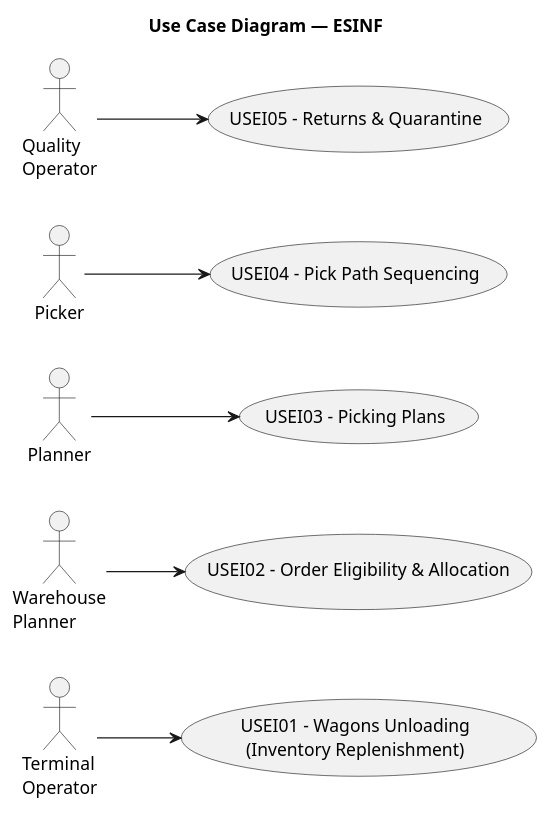
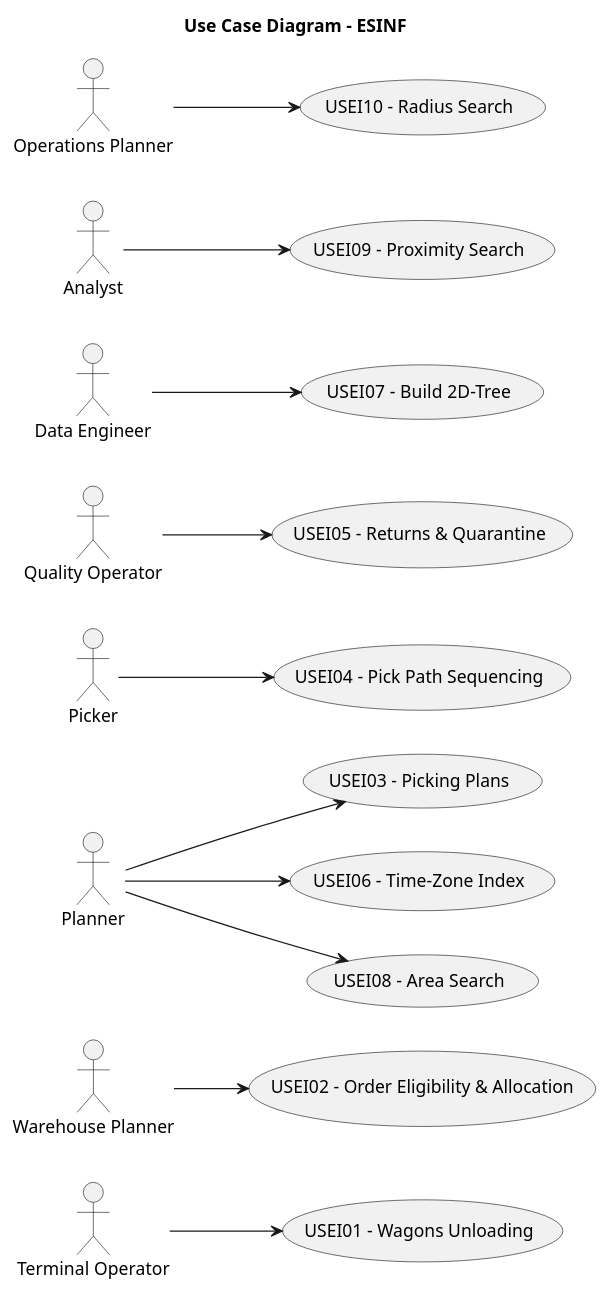
One commit to bruno-monteiro5/sem3-pi-25.26-g164-repository changed the diagram in docs/system-documentation/global-artifacts/requirements-engineering/puml/UCDESINF.puml. Above: the diagram before and after it, drawn with PlantUML. The commit also changed 2 other files, not shown here.

Commit message:
UCD ESINF [#88]

```diff
--- a/docs/system-documentation/global-artifacts/requirements-engineering/puml/UCDESINF.puml
+++ b/docs/system-documentation/global-artifacts/requirements-engineering/puml/UCDESINF.puml
@@ -1,25 +1,35 @@
 @startuml
-skinparam packageStyle rectangle
 left to right direction
+title Use Case Diagram - ESINF
 
-title Use Case Diagram — ESINF
-
-actor "Terminal\nOperator" as TO
-actor "Warehouse\nPlanner" as WP
+actor "Terminal Operator" as TO
+actor "Warehouse Planner" as WP
 actor "Planner" as PL
 actor "Picker" as PK
-actor "Quality\nOperator" as QO
+actor "Quality Operator" as QO
+actor "Data Engineer" as DE
+actor "Analyst" as AN
+actor "Operations Planner" as OP
 
-usecase "USEI01 - Wagons Unloading\n(Inventory Replenishment)" as UC1
+usecase "USEI01 - Wagons Unloading" as UC1
 usecase "USEI02 - Order Eligibility & Allocation" as UC2
 usecase "USEI03 - Picking Plans" as UC3
 usecase "USEI04 - Pick Path Sequencing" as UC4
 usecase "USEI05 - Returns & Quarantine" as UC5
+usecase "USEI06 - Time-Zone Index" as UC6
+usecase "USEI07 - Build 2D-Tree" as UC7
+usecase "USEI08 - Area Search" as UC8
+usecase "USEI09 - Proximity Search" as UC9
+usecase "USEI10 - Radius Search" as UC10
 
 TO --> UC1
 WP --> UC2
 PL --> UC3
 PK --> UC4
 QO --> UC5
-
+PL --> UC6
+DE --> UC7
+PL --> UC8
+AN --> UC9
+OP --> UC10
 @enduml
```
